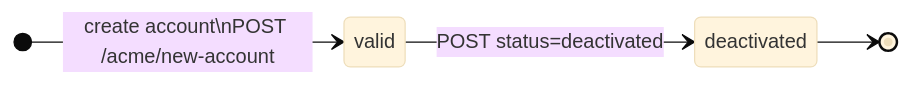
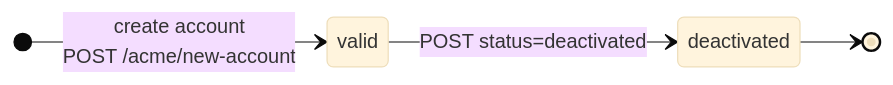
One commit to czinda/akamu changed the first of 2 diagrams in docs/src/user/accounts.md. Above: the diagram before and after it, drawn with Mermaid (base theme). The commit also changed 1 other file, not shown here.

Commit message:
docs(diagrams): fix mermaid arrow syntax and newline escaping
Replace ->> / -->> with -> / --> in the challenge validation sequence
diagram (mdbook-mermaid renders the simpler arrow syntax correctly and
avoids spurious parse warnings). Replace \n with <br/> in the account
state diagram label where Mermaid expects HTML line breaks inside
stateDiagram-v2.

````diff
--- a/docs/src/user/accounts.md
+++ b/docs/src/user/accounts.md
@@ -7,7 +7,7 @@
 ```mermaid
 stateDiagram-v2
     direction LR
-    [*] --> valid : create account\nPOST /acme/new-account
+    [*] --> valid : create account<br/>POST /acme/new-account
     valid --> deactivated : POST status=deactivated
     deactivated --> [*]
 ```
````
